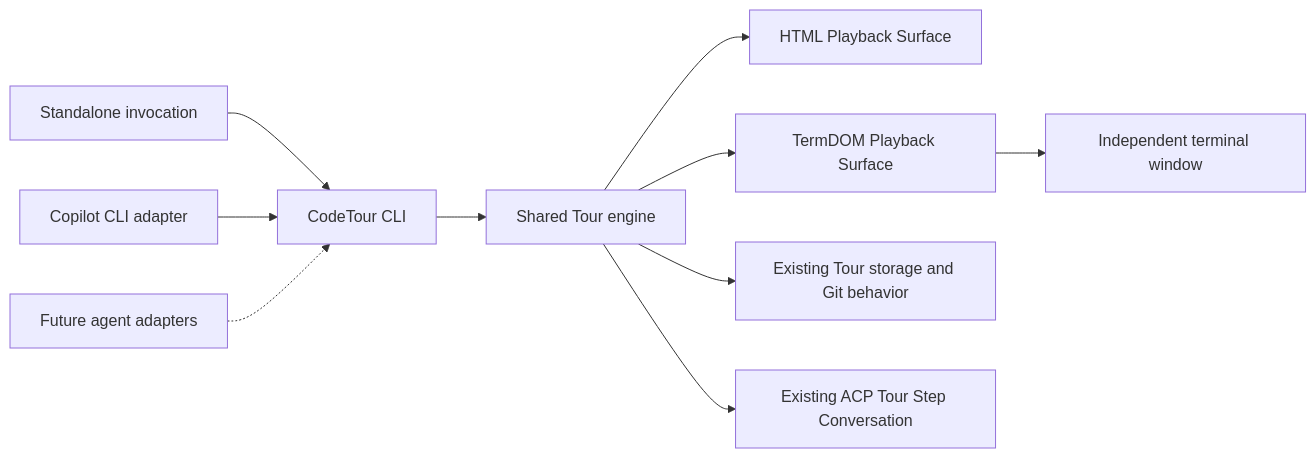
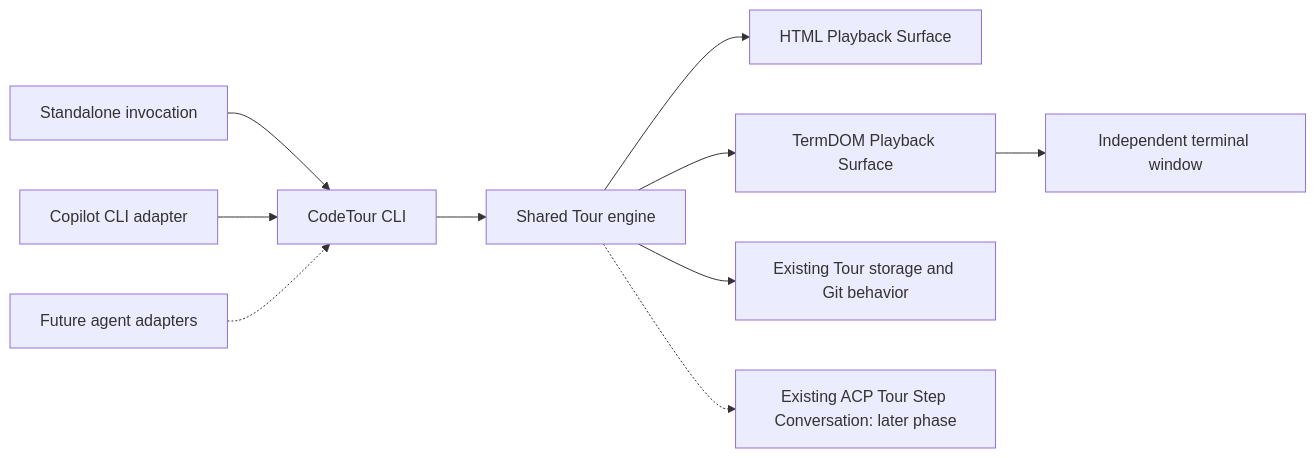
One commit to maurice30120/codetour changed the diagram in docs/specs/autonomous-cli-termdom-copilot-poc.md. Above: the diagram before and after it, drawn with Mermaid. The commit also changed other lines of this file and 2 other files, not shown here.

Commit message:
docs: defer standalone ACP conversations to later phase

````diff
--- a/docs/specs/autonomous-cli-termdom-copilot-poc.md
+++ b/docs/specs/autonomous-cli-termdom-copilot-poc.md
@@ -30,12 +31,12 @@
 ```mermaid
 flowchart LR
     Direct["Standalone invocation"] --> CLI["CodeTour CLI"]
     Copilot["Copilot CLI adapter"] --> CLI
     Future["Future agent adapters"] -.-> CLI
     CLI --> Core["Shared Tour engine"]
     Core --> HTML["HTML Playback Surface"]
     Core --> TUI["TermDOM Playback Surface"]
     Core --> Tours["Existing Tour storage and Git behavior"]
-    Core --> Chat["Existing ACP Tour Step Conversation"]
+    Core -.-> Chat["Existing ACP Tour Step Conversation: later phase"]
     TUI --> Window["Independent terminal window"]
 ```
````
